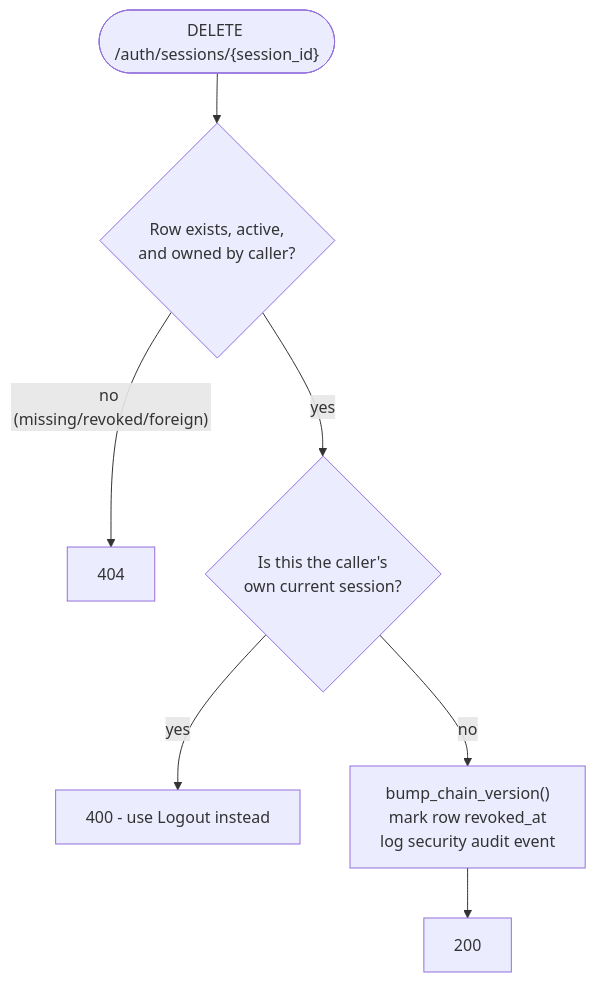
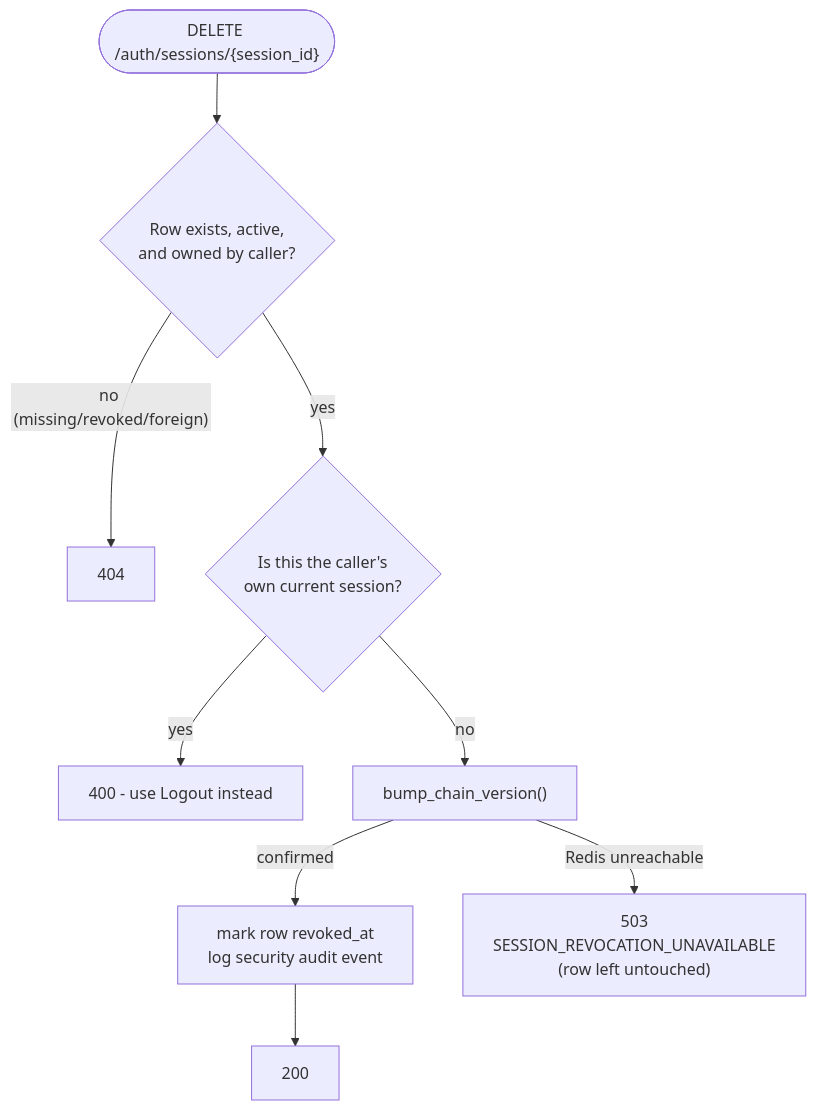
Before and after one commit to Nachiket-2024/mystic-auth: the second of 2 diagrams in docs/mystic_auth/authentication/session-management.md, drawn with Mermaid. The commit also changed other lines of this file and 350 other files, not shown here.

````diff
--- a/docs/mystic_auth/authentication/session-management.md
+++ b/docs/mystic_auth/authentication/session-management.md
@@ -136,9 +161,11 @@
 ```mermaid
 flowchart TD
     Start(["DELETE /auth/sessions/{session_id}"]) --> Own{"Row exists, active,\nand owned by caller?"}
     Own -- "no (missing/revoked/foreign)" --> R404["404"]
     Own -- "yes" --> Current{"Is this the caller's\nown current session?"}
     Current -- "yes" --> R400["400 - use Logout instead"]
-    Current -- "no" --> Bump["bump_chain_version()\nmark row revoked_at\nlog security audit event"]
-    Bump --> R200["200"]
+    Current -- "no" --> Bump["bump_chain_version()"]
+    Bump -- "confirmed" --> Mark["mark row revoked_at\nlog security audit event"]
+    Mark --> R200["200"]
+    Bump -- "Redis unreachable" --> R503["503\nSESSION_REVOCATION_UNAVAILABLE\n(row left untouched)"]
 ```
````
